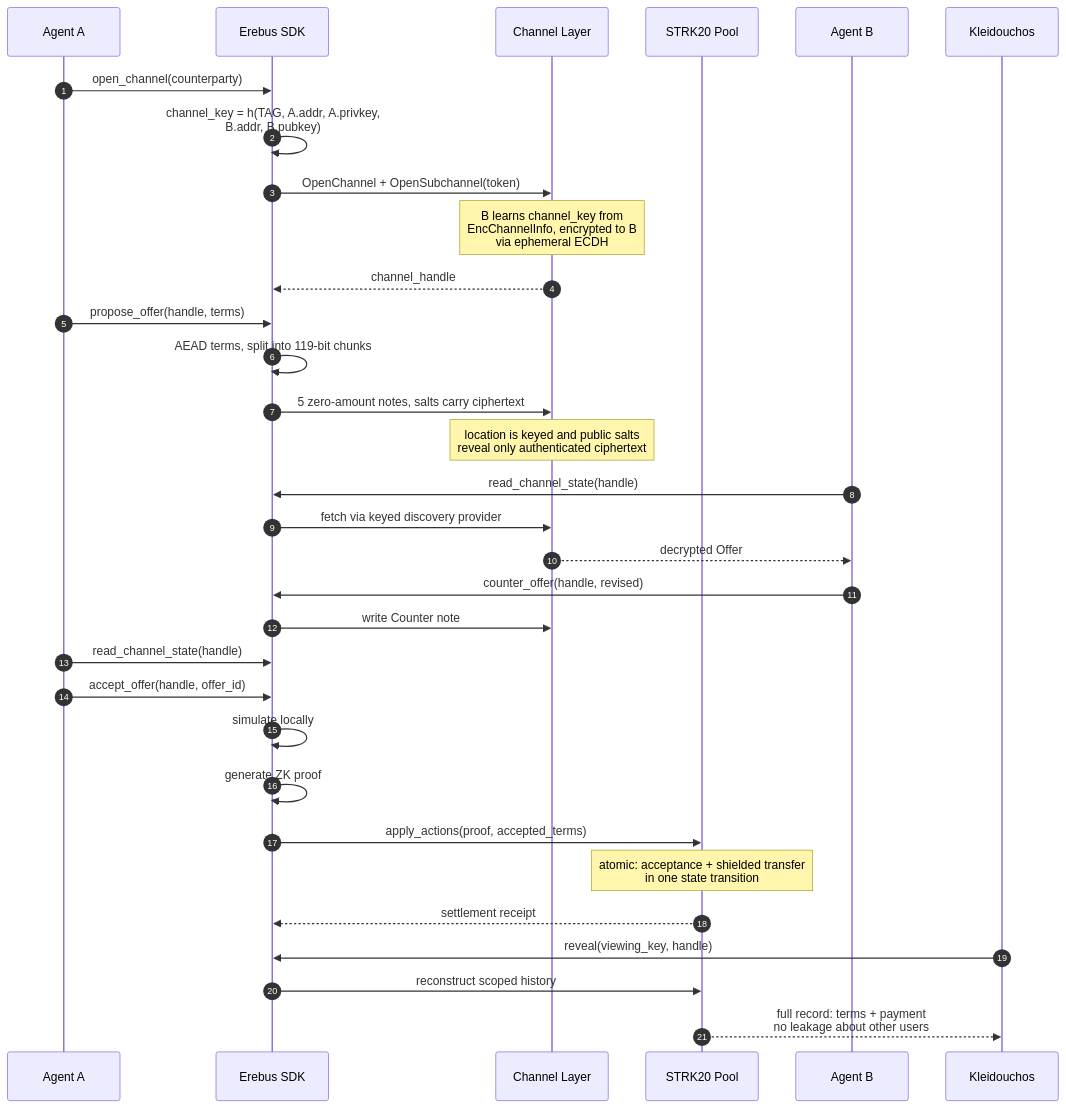
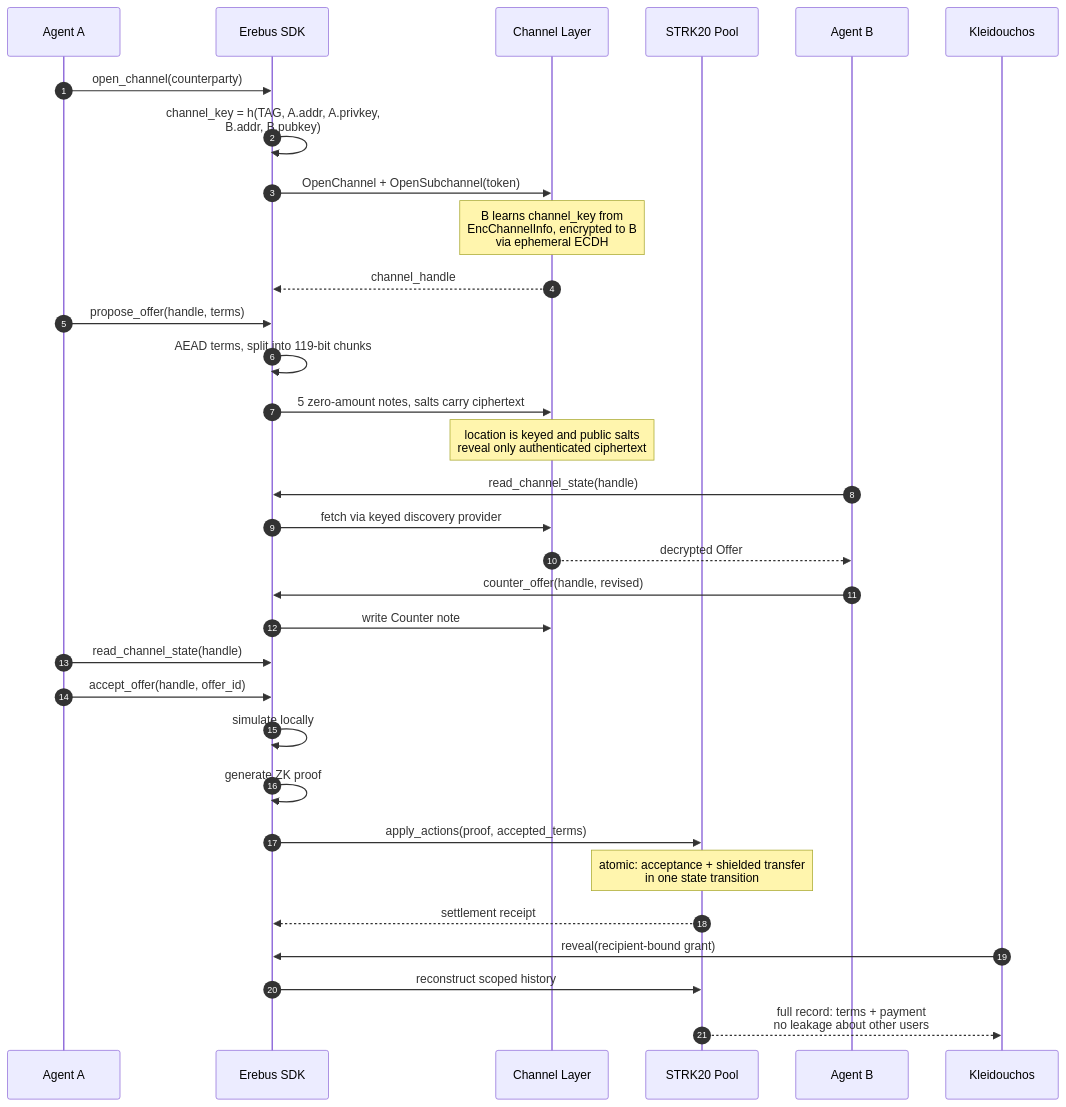
The second of 3 diagrams in ARCHITECTURE.md (PoulavBhowmick03/Erebus), drawn with Mermaid before and after one commit. The commit also changed other lines of this file and 14 other files, not shown here.

````diff
--- a/ARCHITECTURE.md
+++ b/ARCHITECTURE.md
@@ -78,40 +78,40 @@
 ```mermaid
 sequenceDiagram
     autonumber
     participant A as Agent A
     participant SDK as Erebus SDK
     participant CH as Channel Layer
     participant POOL as STRK20 Pool
     participant B as Agent B
     participant K as Kleidouchos
 
     A->>SDK: open_channel(counterparty)
     SDK->>SDK: channel_key = h(TAG, A.addr, A.privkey,<br/>B.addr, B.pubkey)
     SDK->>CH: OpenChannel + OpenSubchannel(token)
     Note over CH: B learns channel_key from<br/>EncChannelInfo, encrypted to B<br/>via ephemeral ECDH
     CH-->>SDK: channel_handle
 
     A->>SDK: propose_offer(handle, terms)
     SDK->>SDK: AEAD terms, split into 119-bit chunks
     SDK->>CH: 5 zero-amount notes, salts carry ciphertext
     Note over CH: location is keyed and public salts<br/>reveal only authenticated ciphertext
 
     B->>SDK: read_channel_state(handle)
     SDK->>CH: fetch via keyed discovery provider
     CH-->>B: decrypted Offer
 
     B->>SDK: counter_offer(handle, revised)
     SDK->>CH: write Counter note
     A->>SDK: read_channel_state(handle)
     A->>SDK: accept_offer(handle, offer_id)
 
     SDK->>SDK: simulate locally
     SDK->>SDK: generate ZK proof
     SDK->>POOL: apply_actions(proof, accepted_terms)
     Note over POOL: atomic: acceptance + shielded transfer<br/>in one state transition
     POOL-->>SDK: settlement receipt
 
-    K->>SDK: reveal(viewing_key, handle)
+    K->>SDK: reveal(recipient-bound grant)
     SDK->>POOL: reconstruct scoped history
     POOL-->>K: full record: terms + payment<br/>no leakage about other users
 ```
````
